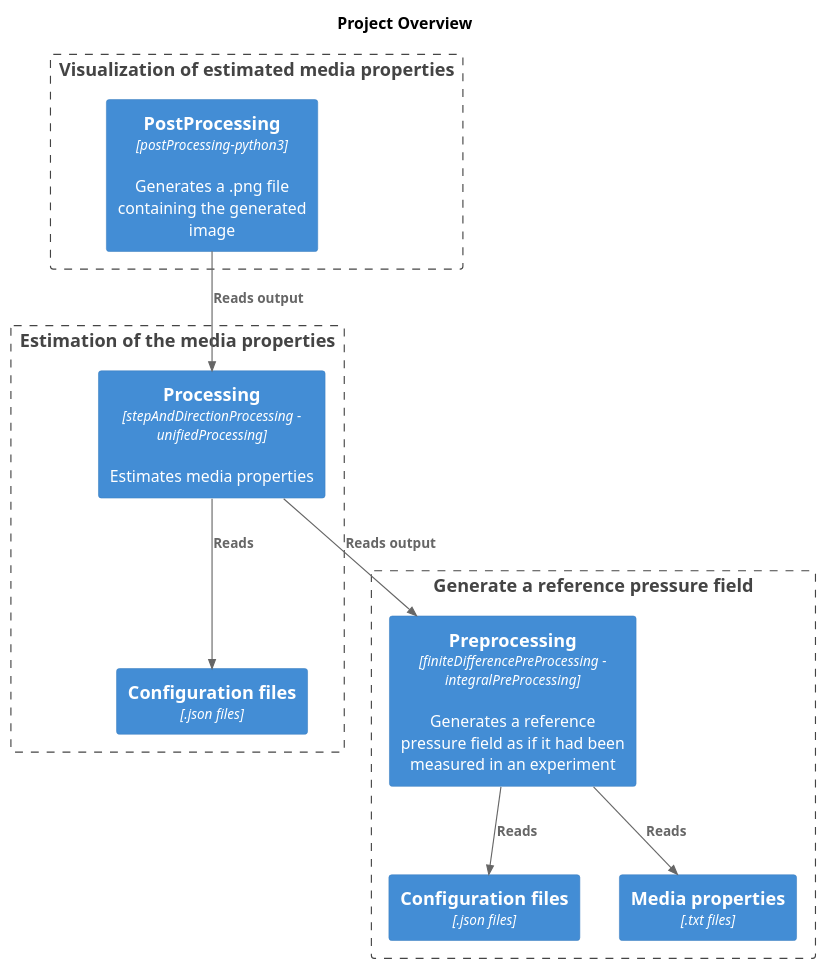
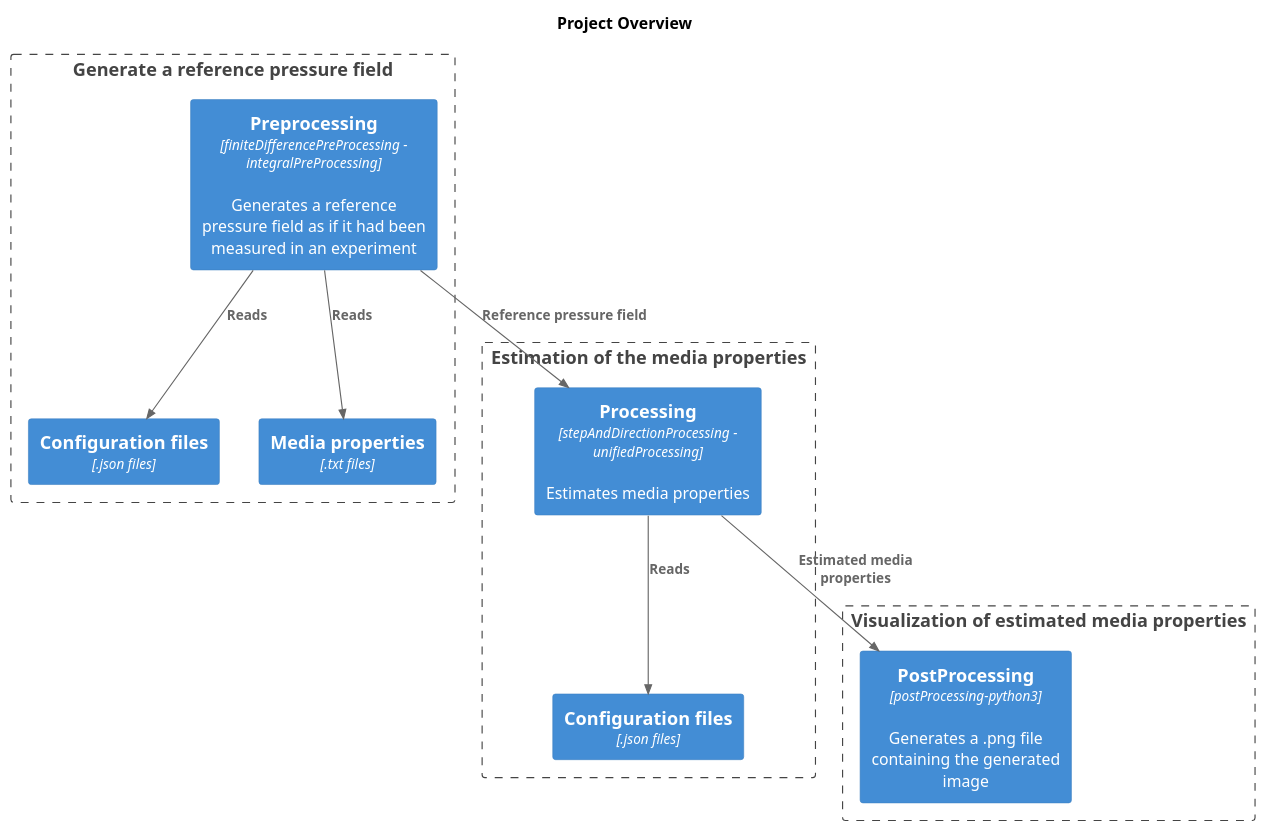
Before and after one commit to ssathyadevan/fwi: the diagram in doc/diagrams/ProjectOverview.plantuml, drawn with PlantUML. The commit also changed 4 other files, not shown here.

```diff
--- a/doc/diagrams/ProjectOverview.plantuml
+++ b/doc/diagrams/ProjectOverview.plantuml
@@ -1,28 +1,29 @@
 @startuml   ProjectOverview
 !includeurl https://raw.githubusercontent.com/RicardoNiepel/C4-PlantUML/release/1-0/C4_Component.puml
 
 hide stereotype
 
 title Project Overview
 
 Boundary(fakeinput_generation, "Generate a reference pressure field") {
     Container(preprocessing_application, "Preprocessing", "finiteDifferencePreProcessing - integralPreProcessing", "Generates a reference pressure field as if it had been measured in an experiment")
     Container(preprocessinginput_files, "Configuration files", ".json files", "")
     Container(mediaproperties_image, "Media properties", ".txt files", "")
 }
 
 Boundary(mediaproperties_estimation, "Estimation of the media properties") {
     Container(processing_application, "Processing", "stepAndDirectionProcessing - unifiedProcessing", "Estimates media properties")
     Container(processinginput_files,"Configuration files", ".json files", "")
 }
 
 
 Boundary(estimatedmediaproperties_visualization, "Visualization of estimated media properties") {
     Container(postprocessing_application, "PostProcessing", "postProcessing-python3", "Generates a .png file containing the generated image")
 }
 Rel(preprocessing_application, preprocessinginput_files, "Reads")
 Rel(preprocessing_application, mediaproperties_image, "Reads")
 Rel(processing_application, processinginput_files, "Reads")
-Rel(processing_application, preprocessing_application, "Reads output")
-Rel(postprocessing_application, processing_application, "Reads output")
+
+Rel(preprocessing_application, processing_application, "Reference pressure field")
+Rel(processing_application, postprocessing_application, "Estimated media properties")
 @enduml
```
